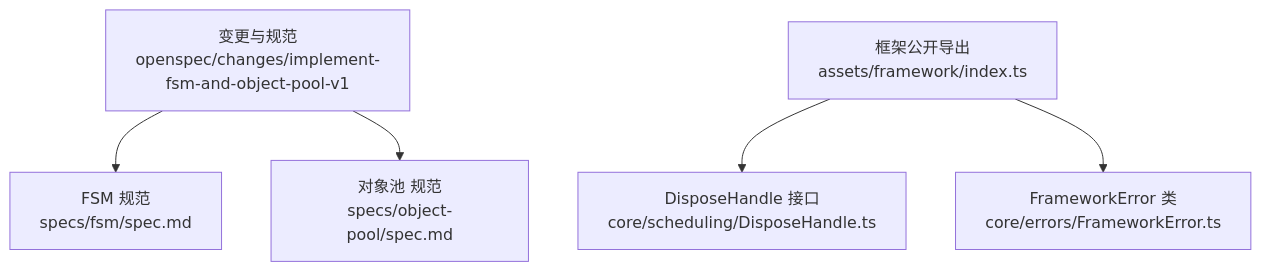
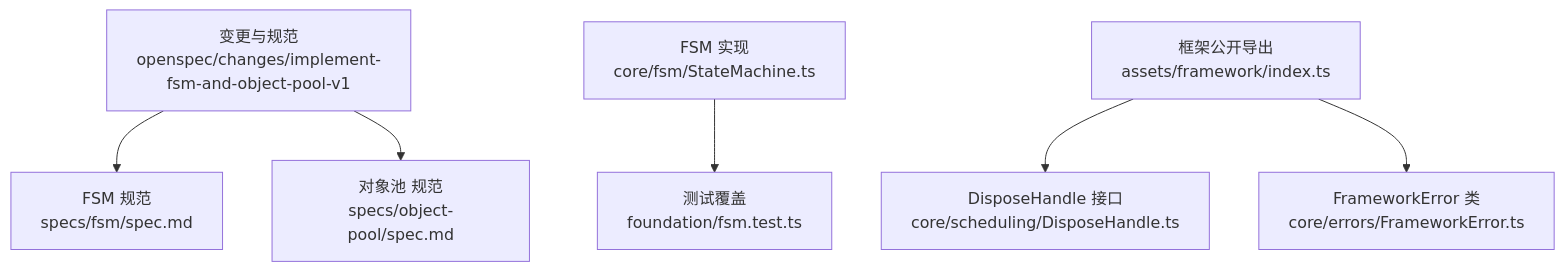
The first of 5 diagrams in .qoder/repowiki/zh/content/开发指南/开发流程/FSM与对象池规范.md (leviseek/ai-game-kit), drawn with Mermaid before and after one commit. The commit also changed other lines of this file and 3 other files, not shown here.

````diff
--- a/.qoder/repowiki/zh/content/开发指南/开发流程/FSM与对象池规范.md
+++ b/.qoder/repowiki/zh/content/开发指南/开发流程/FSM与对象池规范.md
@@ -33,7 +45,8 @@
 ```mermaid
 graph TB
 A["变更与规范<br/>openspec/changes/implement-fsm-and-object-pool-v1"] --> B["FSM 规范<br/>specs/fsm/spec.md"]
 A --> C["对象池 规范<br/>specs/object-pool/spec.md"]
-D["框架公开导出<br/>assets/framework/index.ts"] --> E["DisposeHandle 接口<br/>core/scheduling/DisposeHandle.ts"]
-D --> F["FrameworkError 类<br/>core/errors/FrameworkError.ts"]
+D["FSM 实现<br/>core/fsm/StateMachine.ts"] --> E["测试覆盖<br/>foundation/fsm.test.ts"]
+F["框架公开导出<br/>assets/framework/index.ts"] --> G["DisposeHandle 接口<br/>core/scheduling/DisposeHandle.ts"]
+F --> H["FrameworkError 类<br/>core/errors/FrameworkError.ts"]
 ```
````
